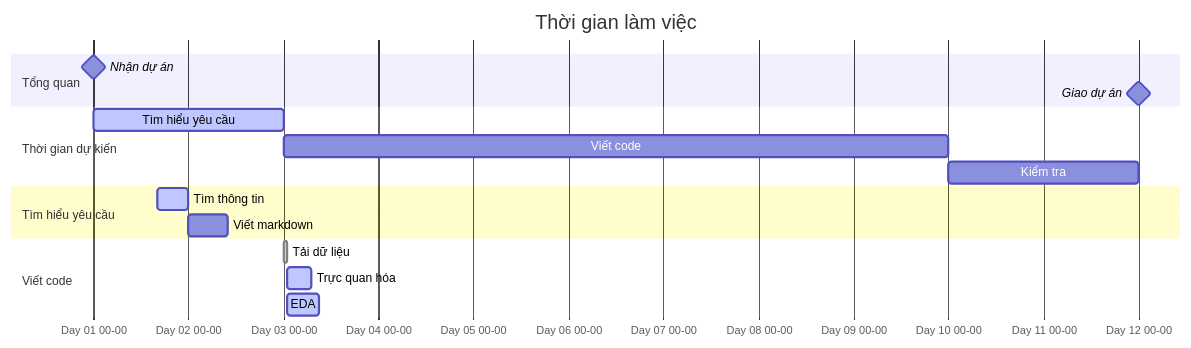
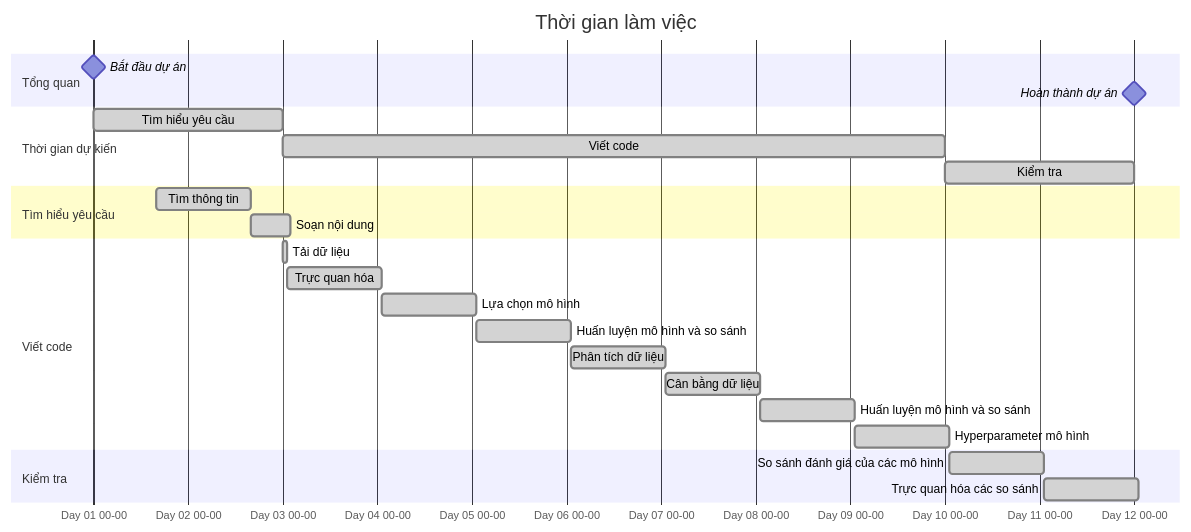
One commit to lngquoctrung/diabetes-prediction-machine-learning changed the diagram in README.md. Above: the diagram before and after it, drawn with Mermaid.

````diff
--- a/README.md
+++ b/README.md
@@ -209,25 +209,33 @@
 ```mermaid
 gantt
    title Thời gian làm việc
    dateFormat YYYY-MM-DD HH:MM
    axisFormat Day %d %H-%M
    todayMarker off
 
    section Tổng quan     
-      Nhận dự án              :milestone, m1, 2025-01-01, 0d
-      Giao dự án              :milestone, m2, 2025-01-12, 0d
+      Bắt đầu dự án                     :milestone, m1, 2025-01-01, 0d
+      Hoàn thành dự án                  :milestone, m2, 2025-01-12, 0d
       
    section Thời gian dự kiến
-      Tìm hiểu yêu cầu        :active, a1, 2025-01-01, 2d
-      Viết code               :a2, after a1, 7d
-      Kiểm tra                :a3, after a2, 2d
+      Tìm hiểu yêu cầu                  :done, a1, 2025-01-01, 2d
+      Viết code                         :done, a2, after a1, 7d
+      Kiểm tra                          :done, a3, after a2, 2d
 
    section Tìm hiểu yêu cầu
-      Tìm thông tin           :active, b1, 2025-01-01 16:00, 8h
-      Viết markdown           :after b1, 10h
+      Tìm thông tin                     :done, b1, 2025-01-01 16:00, 1d
+      Soạn nội dung                     :done, after b1, 10h
 
    section Viết code
-      Tải dữ liệu             :done, c1, 2025-01-03, 1h
-      Trực quan hóa           :active, c2, after c1, 6h
-      EDA                     :active, c3, after c1, 8h
+      Tải dữ liệu                       :done, c1, 2025-01-03, 1h
+      Trực quan hóa                     :done, c2, after c1, 1d
+      Lựa chọn mô hình                  :done, c3, after c2, 1d
+      Huấn luyện mô hình và so sánh     :done, c4, after c3, 1d
+      Phân tích dữ liệu                 :done, c5, after c4, 1d
+      Cân bằng dữ liệu                  :done, c6, after c5, 1d
+      Huấn luyện mô hình và so sánh     :done, c7, after c6, 1d
+      Hyperparameter mô hình            :done, c8, after c7, 1d
+  section Kiểm tra
+      So sánh đánh giá của các mô hình  :done, d1, after c8, 1d
+      Trực quan hóa các so sánh         :done, d2, after d1, 1d
 ```
````
